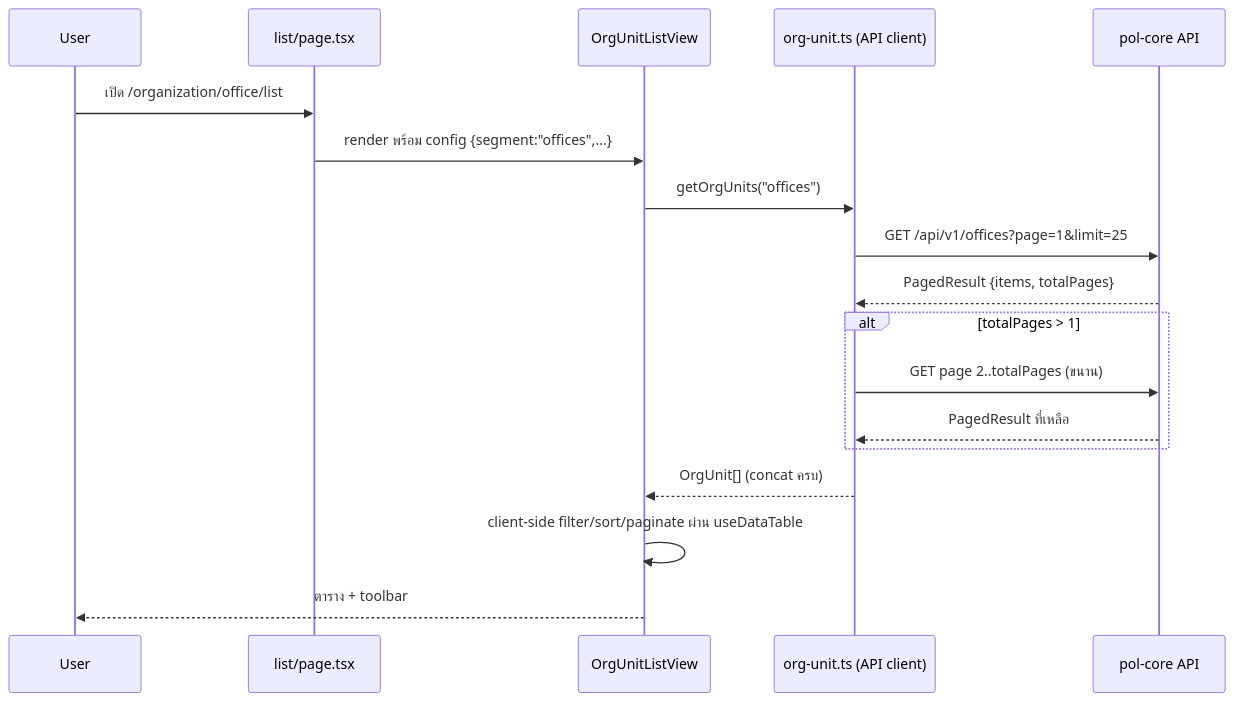
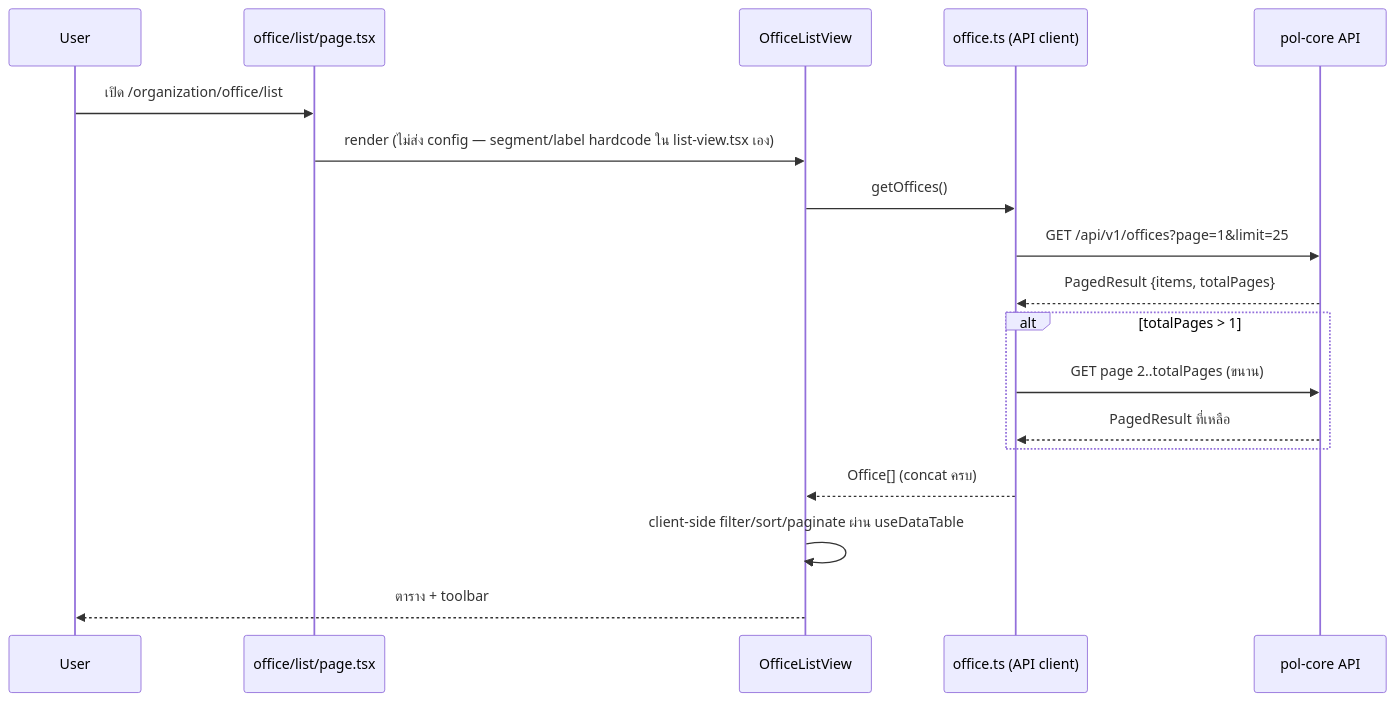
One commit to metrodiesign/pol-admin changed the first of 3 diagrams in .claude/specs/organization-structure/design.md. Above: the diagram before and after it, drawn with Mermaid. The commit also changed other lines of this file and 2 other files, not shown here.

````diff
--- a/.claude/specs/organization-structure/design.md
+++ b/.claude/specs/organization-structure/design.md
@@ -72,21 +104,21 @@
 ```mermaid
 sequenceDiagram
     participant U as User
-    participant P as list/page.tsx
-    participant V as OrgUnitListView
-    participant A as org-unit.ts (API client)
+    participant P as office/list/page.tsx
+    participant V as OfficeListView
+    participant A as office.ts (API client)
     participant B as pol-core API
 
     U->>P: เปิด /organization/office/list
-    P->>V: render พร้อม config {segment:"offices",...}
-    V->>A: getOrgUnits("offices")
+    P->>V: render (ไม่ส่ง config — segment/label hardcode ใน list-view.tsx เอง)
+    V->>A: getOffices()
     A->>B: GET /api/v1/offices?page=1&limit=25
     B-->>A: PagedResult {items, totalPages}
     alt totalPages > 1
         A->>B: GET page 2..totalPages (ขนาน)
         B-->>A: PagedResult ที่เหลือ
     end
-    A-->>V: OrgUnit[] (concat ครบ)
+    A-->>V: Office[] (concat ครบ)
     V->>V: client-side filter/sort/paginate ผ่าน useDataTable
     V-->>U: ตาราง + toolbar
 ```
````
